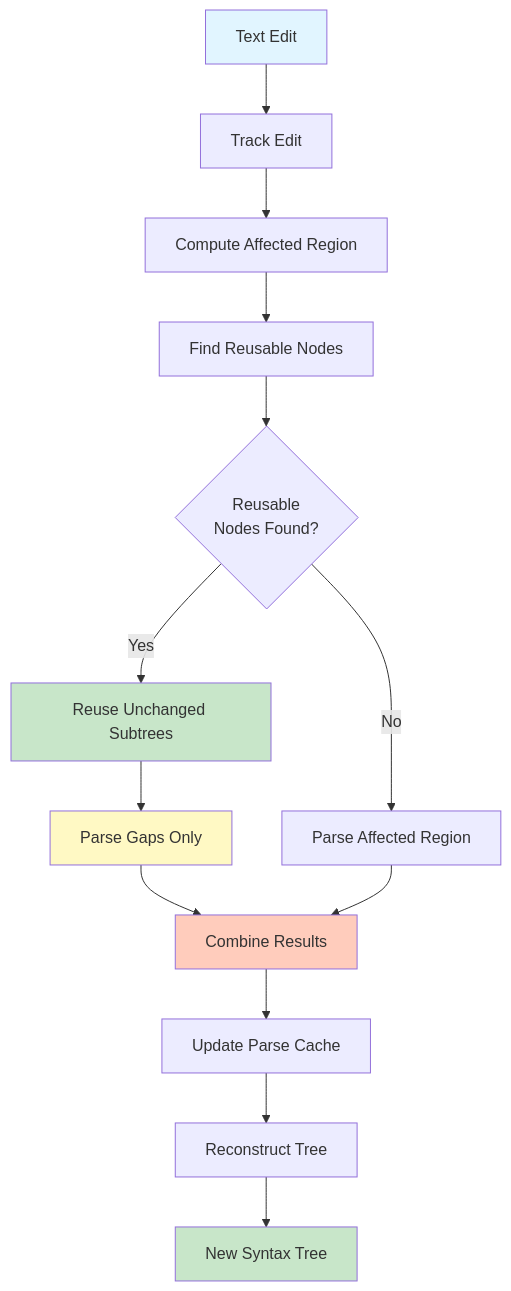
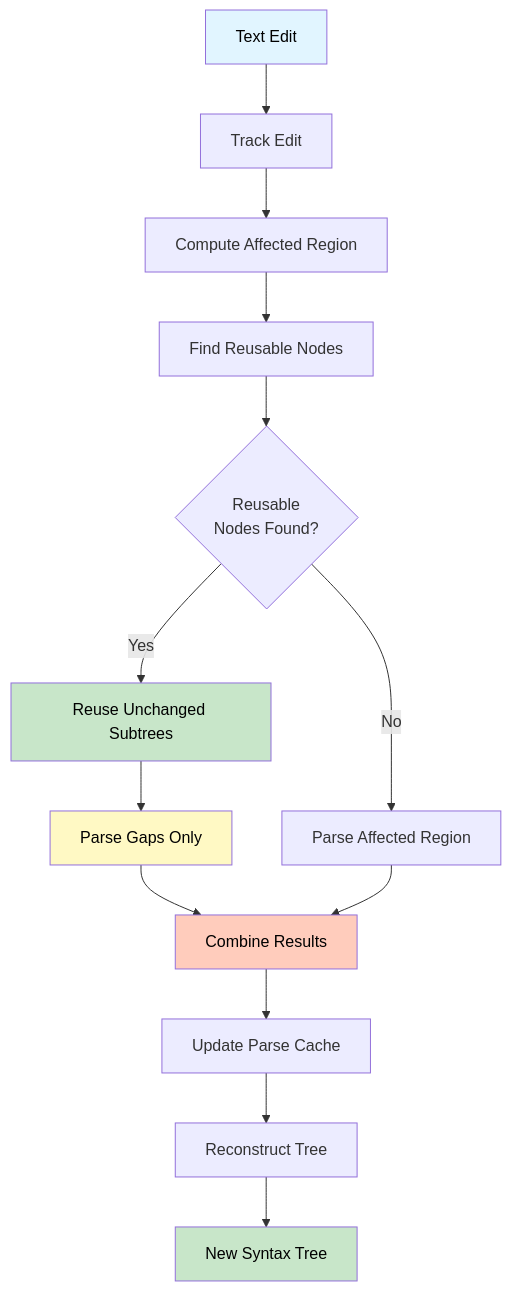
One commit to sipha-parser/sipha changed the diagram in doc/src/incremental-parsing/how-it-works.md. Above: the diagram before and after it, drawn with Mermaid. The commit also changed 5 other files, not shown here.

First line of the commit message:
Improve Mermaid diagram text contrast

````diff
--- a/doc/src/incremental-parsing/how-it-works.md
+++ b/doc/src/incremental-parsing/how-it-works.md
@@ -17,21 +17,21 @@
 ```mermaid
 flowchart TD
     Start[Text Edit] --> Track[Track Edit]
     Track --> Compute[Compute Affected Region]
     Compute --> Find[Find Reusable Nodes]
     Find --> Check{Reusable<br/>Nodes Found?}
     Check -->|Yes| Reuse[Reuse Unchanged Subtrees]
     Check -->|No| ParseAll[Parse Affected Region]
     Reuse --> ParseGaps[Parse Gaps Only]
     ParseGaps --> Combine[Combine Results]
     ParseAll --> Combine
     Combine --> Update[Update Parse Cache]
     Update --> Reconstruct[Reconstruct Tree]
     Reconstruct --> End[New Syntax Tree]
     
-    style Start fill:#e1f5ff
-    style Reuse fill:#c8e6c9
-    style ParseGaps fill:#fff9c4
-    style Combine fill:#ffccbc
-    style End fill:#c8e6c9
+    style Start fill:#e1f5ff,color:#000000
+    style Reuse fill:#c8e6c9,color:#000000
+    style ParseGaps fill:#fff9c4,color:#000000
+    style Combine fill:#ffccbc,color:#000000
+    style End fill:#c8e6c9,color:#000000
 ```
````
